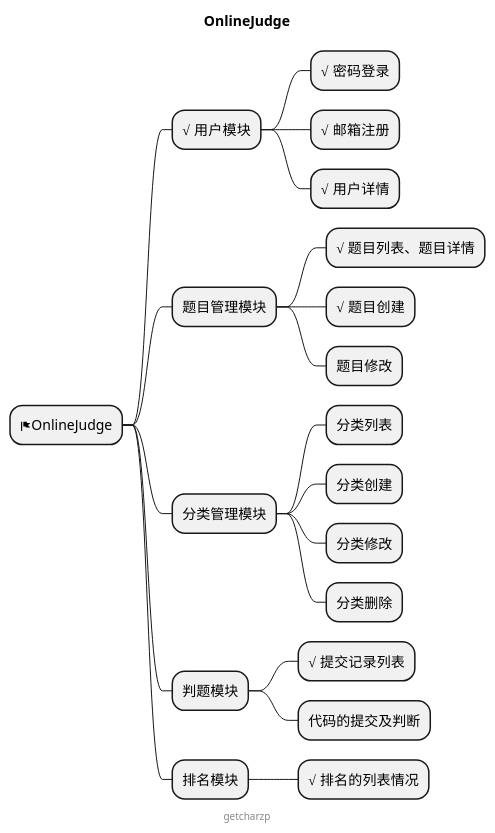
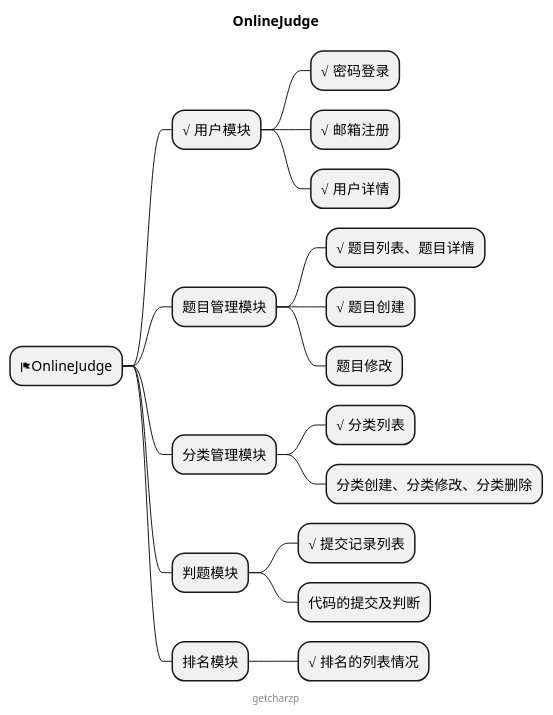
One commit to GetcharZp/gin-gorm-oj changed the diagram in MIND.puml. Above: the diagram before and after it, drawn with PlantUML. The commit also changed 5 other files, not shown here.

```diff
--- a/MIND.puml
+++ b/MIND.puml
@@ -1,27 +1,25 @@
 @startmindmap
 
 title OnlineJudge
 
 * <&flag>OnlineJudge
 ** √ 用户模块
 *** √ 密码登录
 *** √ 邮箱注册
 *** √ 用户详情
 ** 题目管理模块
 *** √ 题目列表、题目详情
 *** √ 题目创建
 *** 题目修改
 ** 分类管理模块
-*** 分类列表
-*** 分类创建
-*** 分类修改
-*** 分类删除
+*** √ 分类列表
+*** 分类创建、分类修改、分类删除
 ** 判题模块
 *** √ 提交记录列表
 *** 代码的提交及判断
 ** 排名模块
 *** √ 排名的列表情况
 
 center footer getcharzp
 
 @endmindmap
```
